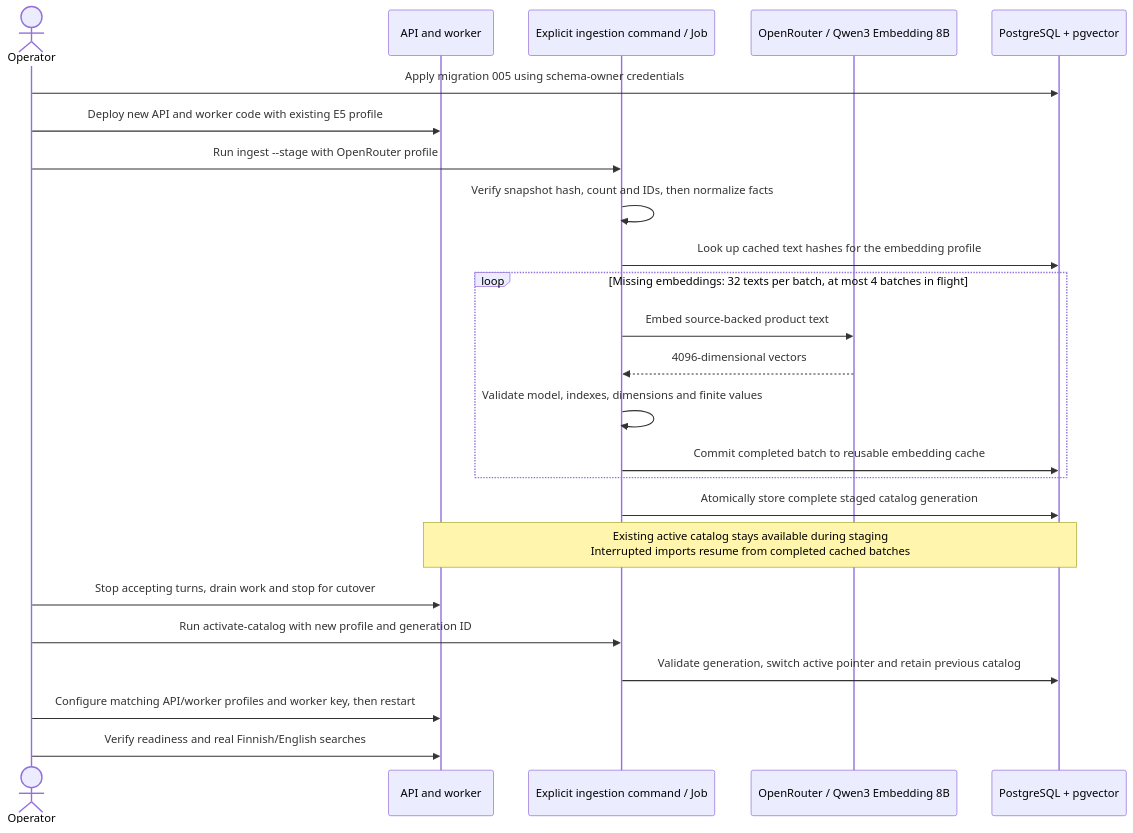
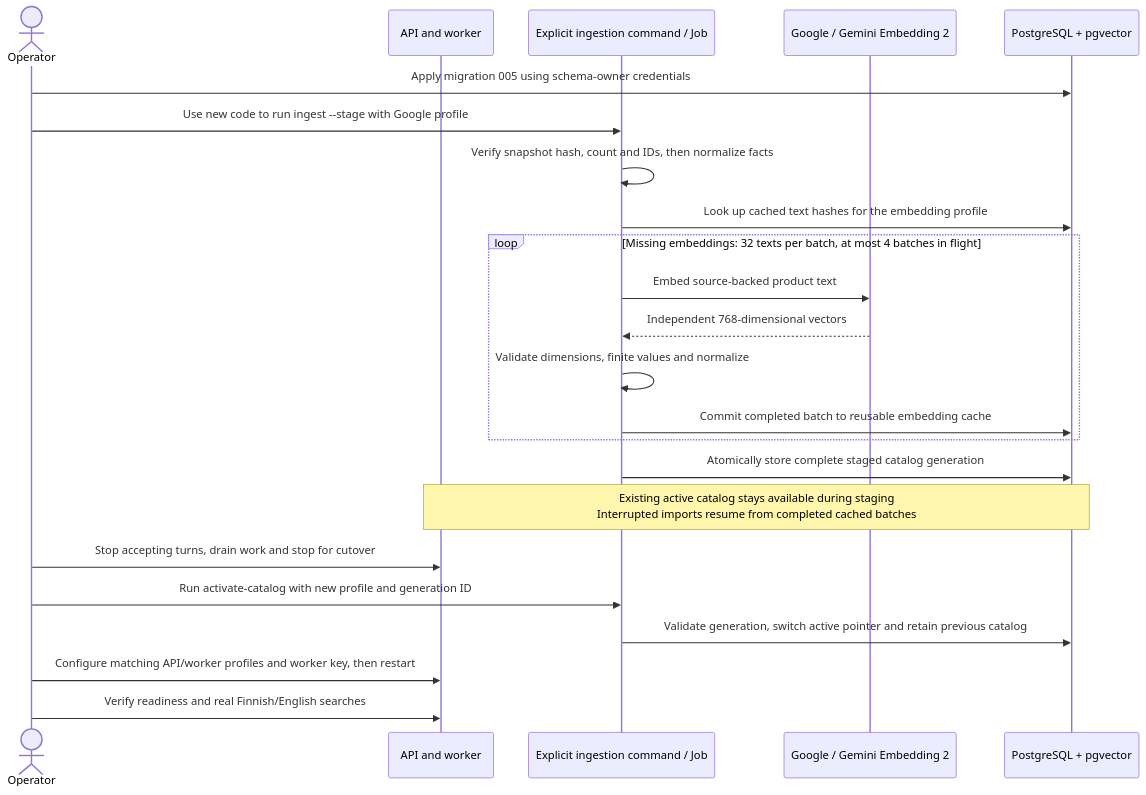
The third of 4 diagrams in docs/architecture.md (Junction-Best-Team/Main-Application), drawn with Mermaid before and after one commit. The commit also changed other lines of this file and 41 other files, not shown here.

````diff
--- a/docs/architecture.md
+++ b/docs/architecture.md
@@ -197,27 +204,26 @@
 ```mermaid
 sequenceDiagram
     actor Operator
     participant App as API and worker
     participant Importer as Explicit ingestion command / Job
-    participant Embeddings as OpenRouter / Qwen3 Embedding 8B
+    participant Embeddings as Google / Gemini Embedding 2
     participant DB as PostgreSQL + pgvector
 
     Operator->>DB: Apply migration 005 using schema-owner credentials
-    Operator->>App: Deploy new API and worker code with existing E5 profile
-    Operator->>Importer: Run ingest --stage with OpenRouter profile
+    Operator->>Importer: Use new code to run ingest --stage with Google profile
     Importer->>Importer: Verify snapshot hash, count and IDs, then normalize facts
     Importer->>DB: Look up cached text hashes for the embedding profile
     loop Missing embeddings: 32 texts per batch, at most 4 batches in flight
         Importer->>Embeddings: Embed source-backed product text
-        Embeddings-->>Importer: 4096-dimensional vectors
-        Importer->>Importer: Validate model, indexes, dimensions and finite values
+        Embeddings-->>Importer: Independent 768-dimensional vectors
+        Importer->>Importer: Validate dimensions, finite values and normalize
         Importer->>DB: Commit completed batch to reusable embedding cache
     end
     Importer->>DB: Atomically store complete staged catalog generation
     Note over App,DB: Existing active catalog stays available during staging<br/>Interrupted imports resume from completed cached batches
     Operator->>App: Stop accepting turns, drain work and stop for cutover
     Operator->>Importer: Run activate-catalog with new profile and generation ID
     Importer->>DB: Validate generation, switch active pointer and retain previous catalog
     Operator->>App: Configure matching API/worker profiles and worker key, then restart
     Operator->>App: Verify readiness and real Finnish/English searches
 ```
````
